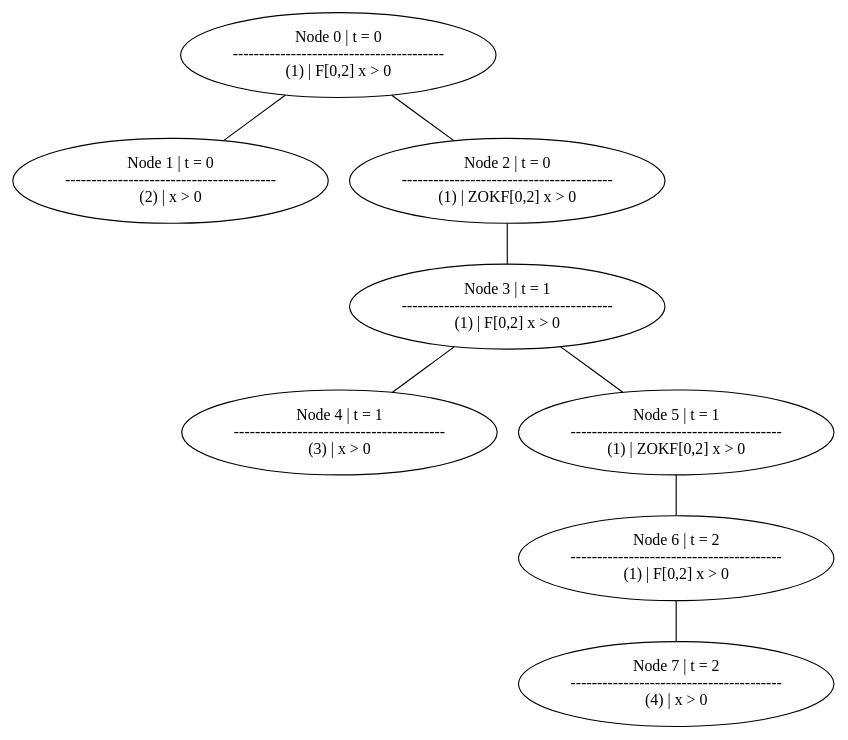
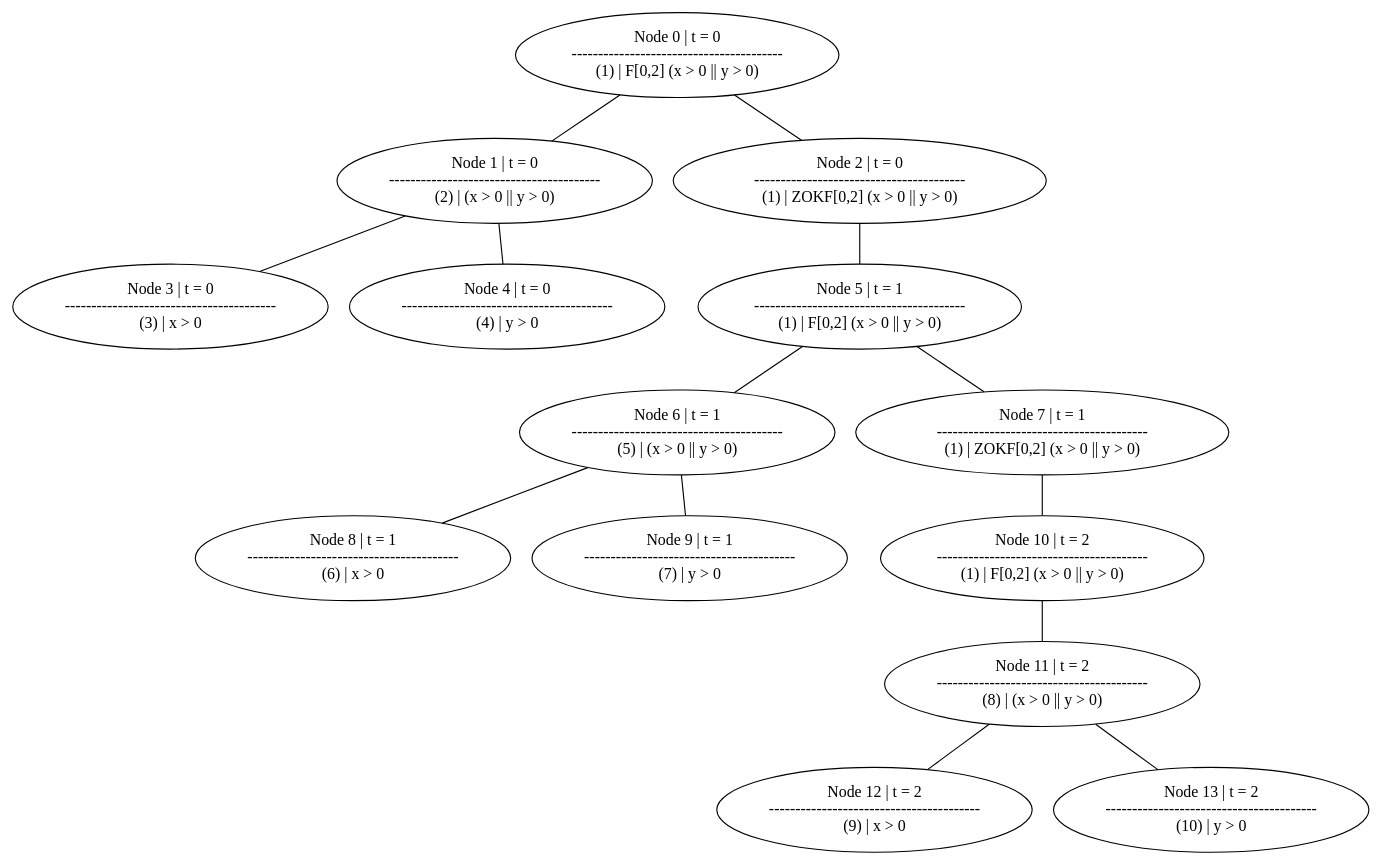
Before and after one commit to Salazar99/tabex: the diagram in graph2.dot, drawn with Graphviz. The commit also changed 5 other files, not shown here.

```diff
--- a/graph2.dot
+++ b/graph2.dot
@@ -1,41 +1,71 @@
 graph Tableau {
     "Node0"[label="Node 0 | t = 0
 ----------------------------------------
-(1) | F[0,2] x > 0
+(1) | F[0,2] (x > 0 || y > 0)
 "];
     "Node1"[label="Node 1 | t = 0
 ----------------------------------------
-(2) | x > 0
+(2) | (x > 0 || y > 0)
 "];
     "Node2"[label="Node 2 | t = 0
 ----------------------------------------
-(1) | ZOKF[0,2] x > 0
+(1) | ZOKF[0,2] (x > 0 || y > 0)
 "];
-    "Node3"[label="Node 3 | t = 1
-----------------------------------------
-(1) | F[0,2] x > 0
-"];
-    "Node4"[label="Node 4 | t = 1
+    "Node3"[label="Node 3 | t = 0
 ----------------------------------------
 (3) | x > 0
 "];
+    "Node4"[label="Node 4 | t = 0
+----------------------------------------
+(4) | y > 0
+"];
     "Node5"[label="Node 5 | t = 1
 ----------------------------------------
-(1) | ZOKF[0,2] x > 0
+(1) | F[0,2] (x > 0 || y > 0)
 "];
-    "Node6"[label="Node 6 | t = 2
+    "Node6"[label="Node 6 | t = 1
 ----------------------------------------
-(1) | F[0,2] x > 0
+(5) | (x > 0 || y > 0)
 "];
-    "Node7"[label="Node 7 | t = 2
+    "Node7"[label="Node 7 | t = 1
 ----------------------------------------
-(4) | x > 0
+(1) | ZOKF[0,2] (x > 0 || y > 0)
+"];
+    "Node8"[label="Node 8 | t = 1
+----------------------------------------
+(6) | x > 0
+"];
+    "Node9"[label="Node 9 | t = 1
+----------------------------------------
+(7) | y > 0
+"];
+    "Node10"[label="Node 10 | t = 2
+----------------------------------------
+(1) | F[0,2] (x > 0 || y > 0)
+"];
+    "Node11"[label="Node 11 | t = 2
+----------------------------------------
+(8) | (x > 0 || y > 0)
+"];
+    "Node12"[label="Node 12 | t = 2
+----------------------------------------
+(9) | x > 0
+"];
+    "Node13"[label="Node 13 | t = 2
+----------------------------------------
+(10) | y > 0
 "];
     "Node0" -- "Node1"[label=""];
     "Node0" -- "Node2"[label=""];
-    "Node2" -- "Node3"[label=""];
-    "Node3" -- "Node4"[label=""];
-    "Node3" -- "Node5"[label=""];
+    "Node1" -- "Node3"[label=""];
+    "Node1" -- "Node4"[label=""];
+    "Node2" -- "Node5"[label=""];
     "Node5" -- "Node6"[label=""];
-    "Node6" -- "Node7"[label=""];
+    "Node5" -- "Node7"[label=""];
+    "Node6" -- "Node8"[label=""];
+    "Node6" -- "Node9"[label=""];
+    "Node7" -- "Node10"[label=""];
+    "Node10" -- "Node11"[label=""];
+    "Node11" -- "Node12"[label=""];
+    "Node11" -- "Node13"[label=""];
 }
```
